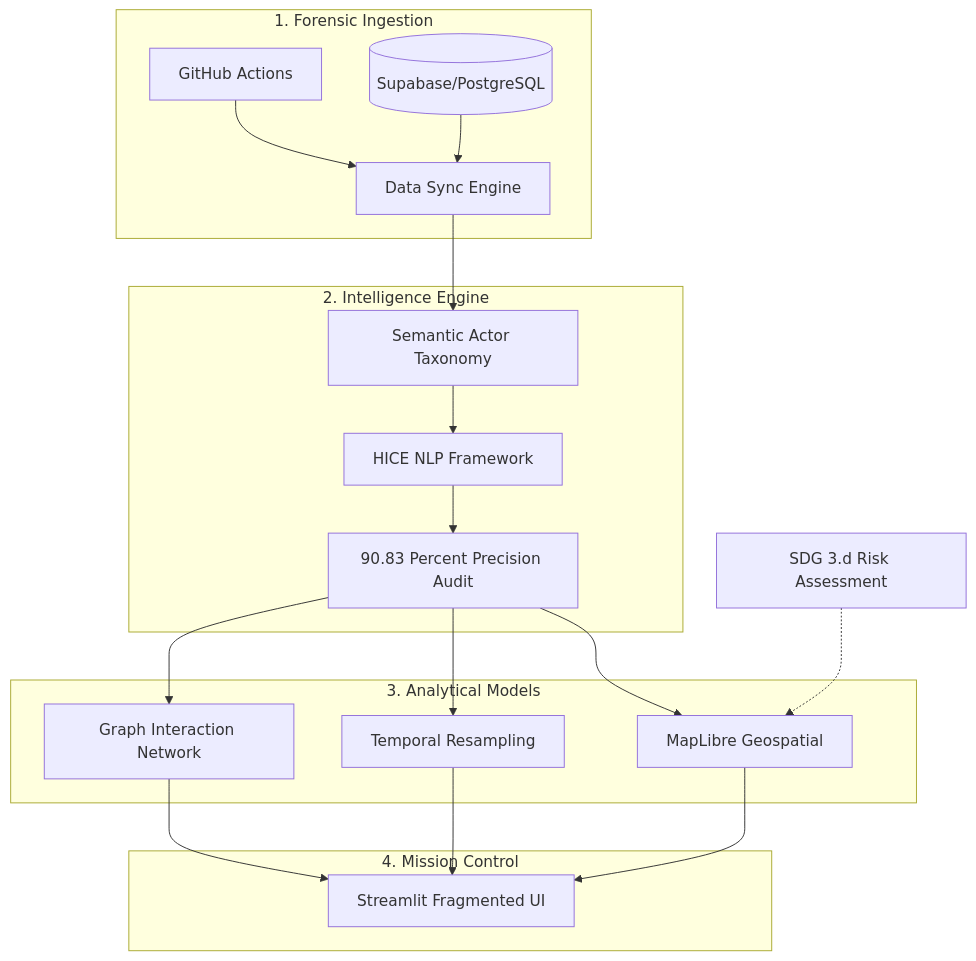
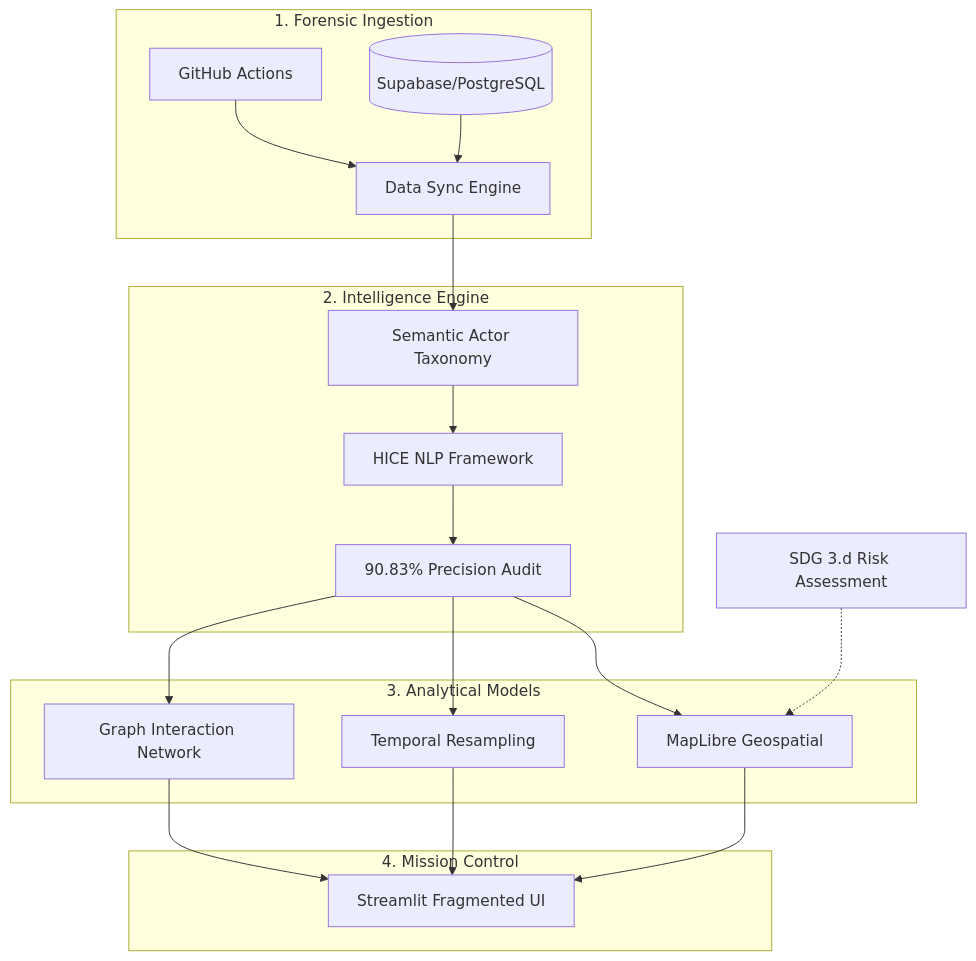
One commit to TainYanTun/Myanmar-conflict-observatory changed the diagram in README.md. Above: the diagram before and after it, drawn with Mermaid. The commit also changed 1 other file, not shown here.

Commit message:
fix(mermaid): Quote flowchart node labels for robustness
- Wrapped Mermaid flowchart node labels in double quotes across documentation.
- Ensures correct parsing and rendering of labels containing special characters, spaces, or complex strings.
- Improves consistency and prevents potential rendering issues in diagrams.

````diff
--- a/README.md
+++ b/README.md
@@ -37,50 +37,50 @@
 ```mermaid
 flowchart TD
 
 %% Strategic Alignment
-SDG3[SDG 3.d Risk Assessment]
+SDG3["SDG 3.d Risk Assessment"]
 
 %% 1. Data Ingestion
 subgraph "1. Forensic Ingestion"
     GHA[GitHub Actions]
     Sync[Data Sync Engine]
-    Supabase[(Supabase/PostgreSQL)]
+    Supabase[("Supabase/PostgreSQL")]
     
     GHA --> Sync
     Supabase --> Sync
 end
 
 %% 2. Intelligence Engine
 subgraph "2. Intelligence Engine"
     Actor[Semantic Actor Taxonomy]
     NLP[HICE NLP Framework]
-    Validation[90.83 Percent Precision Audit]
+    Validation["90.83% Precision Audit"]
 
     Sync --> Actor
     Actor --> NLP
     NLP --> Validation
 end
 
 %% 3. Analytical Models
 subgraph "3. Analytical Models"
     Geo[MapLibre Geospatial]
     Temp[Temporal Resampling]
     Net[Graph Interaction Network]
 
     Validation --> Geo
     Validation --> Temp
     Validation --> Net
 end
 
 %% 4. Mission Control
 subgraph "4. Mission Control"
-    Dashboard[Streamlit Fragmented UI]
+    Dashboard["Streamlit Fragmented UI"]
 
     Geo --> Dashboard
     Temp --> Dashboard
     Net --> Dashboard
 end
 
 %% Strategic influence
 SDG3 -.-> Geo
 ```
````
